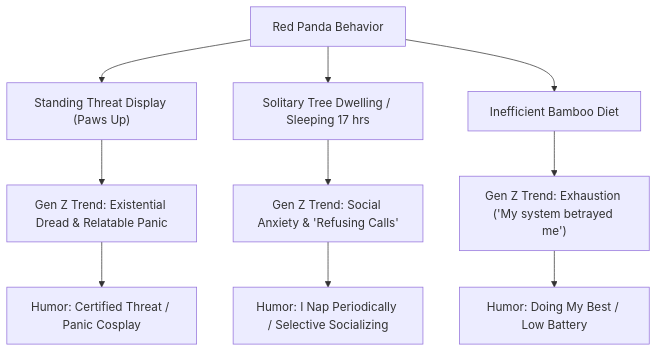
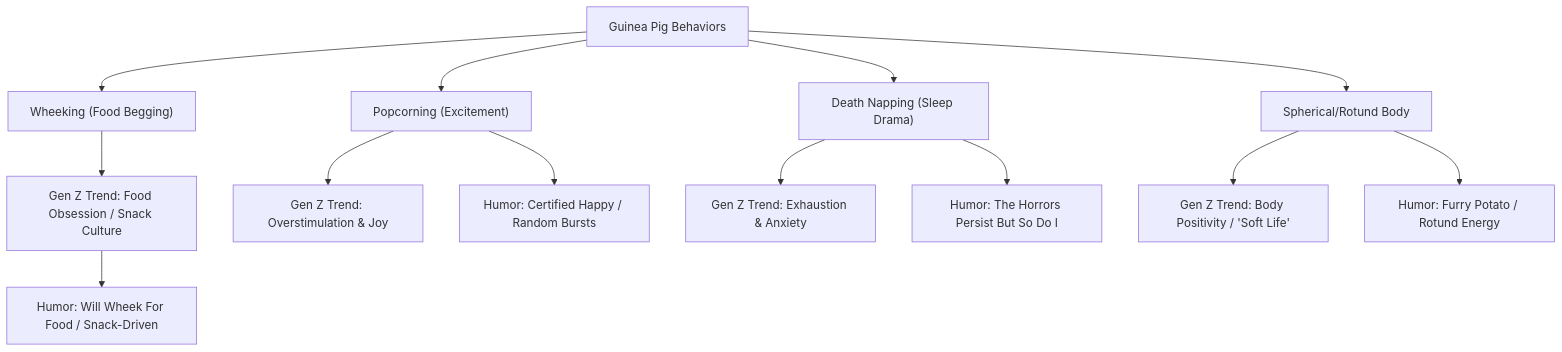
The diagram in MASTER_WORKFLOW_CONTEXT.md (Tankiso-Dik/seed-randomizer), drawn with Mermaid before and after one commit. The commit also changed other lines of this file and 2 other files, not shown here.

Commit message:
feat(pipeline): run Guinea Pig / Death Napping through full 4-agent pipeline

````diff
--- a/MASTER_WORKFLOW_CONTEXT.md
+++ b/MASTER_WORKFLOW_CONTEXT.md
@@ -17,14 +24,17 @@
 ```mermaid
 graph TD
-    A["Red Panda Behavior"] --> B["Standing Threat Display (Paws Up)"]
-    A --> C["Solitary Tree Dwelling / Sleeping 17 hrs"]
-    A --> D["Inefficient Bamboo Diet"]
+    A["Guinea Pig Behaviors"] --> B["Wheeking (Food Begging)"]
+    A --> C["Popcorning (Excitement)"]
+    A --> D["Death Napping (Sleep Drama)"]
+    A --> E["Spherical/Rotund Body"]
 
-    B --> E["Gen Z Trend: Existential Dread & Relatable Panic"]
-    C --> F["Gen Z Trend: Social Anxiety & 'Refusing Calls'"]
-    D --> G["Gen Z Trend: Exhaustion ('My system betrayed me')"]
+    B --> F["Gen Z Trend: Food Obsession / Snack Culture"]
+    C --> G["Gen Z Trend: Overstimulation & Joy"]
+    D --> H["Gen Z Trend: Exhaustion & Anxiety"]
+    E --> I["Gen Z Trend: Body Positivity / 'Soft Life'"]
 
-    E --> H["Humor: Certified Threat / Panic Cosplay"]
-    F --> I["Humor: I Nap Periodically / Selective Socializing"]
-    G --> J["Humor: Doing My Best / Low Battery"]
+    F --> J["Humor: Will Wheek For Food / Snack-Driven"]
+    C --> K["Humor: Certified Happy / Random Bursts"]
+    D --> L["Humor: The Horrors Persist But So Do I"]
+    E --> M["Humor: Furry Potato / Rotund Energy"]
 ```
````
